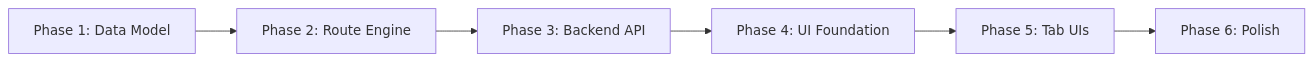
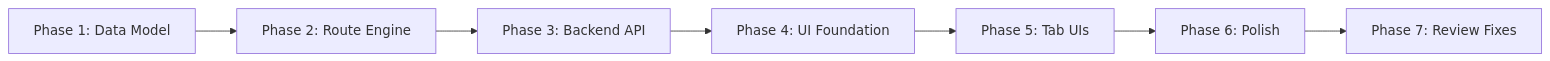
The diagram in docs/plans/v0.5/implementation_plan.md (shamitv/llm-observe-proxy), drawn with Mermaid before and after one commit. The commit also changed other lines of this file and 20 other files, not shown here.

````diff
--- a/docs/plans/v0.5/implementation_plan.md
+++ b/docs/plans/v0.5/implementation_plan.md
@@ -22,8 +24,9 @@
 ```mermaid
 graph LR
     P1["Phase 1: Data Model"] --> P2["Phase 2: Route Engine"]
     P2 --> P3["Phase 3: Backend API"]
     P3 --> P4["Phase 4: UI Foundation"]
     P4 --> P5["Phase 5: Tab UIs"]
     P5 --> P6["Phase 6: Polish"]
+    P6 --> P7["Phase 7: Review Fixes"]
 ```
````
